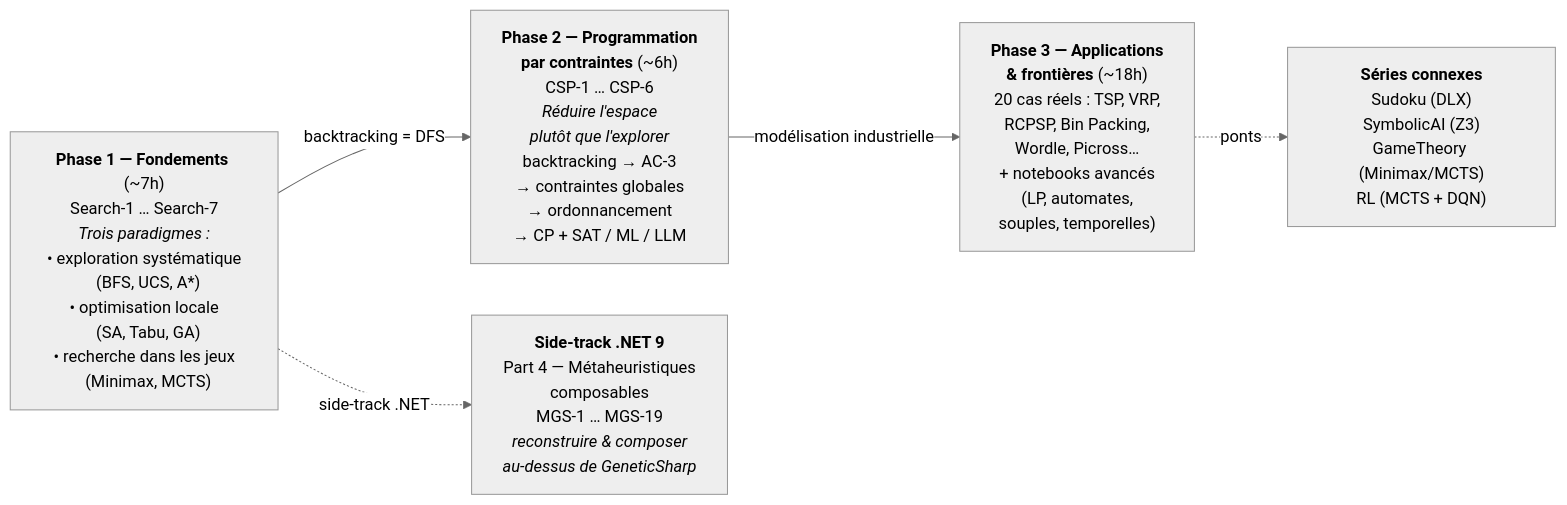
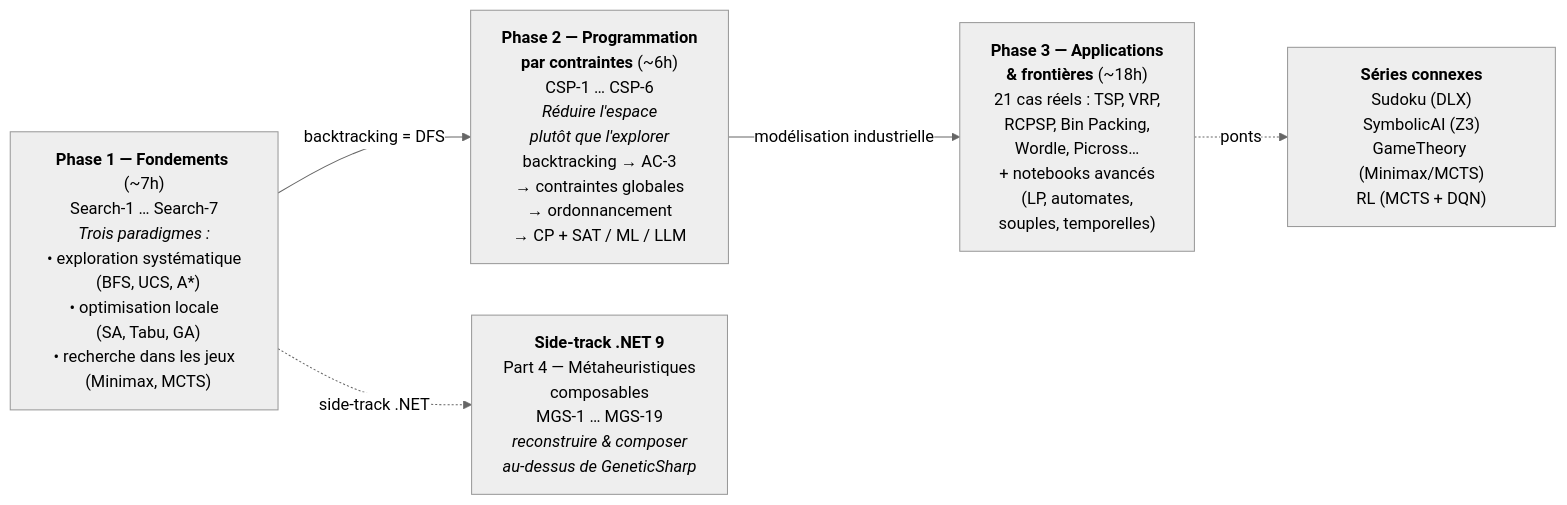
One commit to jsboige/CoursIA changed the first of 2 diagrams in MyIA.AI.Notebooks/Search/README.md. Above: the diagram before and after it, drawn with Mermaid (neutral theme). The commit also changed 1 other file, not shown here.

Commit message:
docs(readme): resync sub-§E drift post-#5081 renumérotation + post-#4058 lake-mutualisation (See #3974)

````diff
--- a/MyIA.AI.Notebooks/Search/README.md
+++ b/MyIA.AI.Notebooks/Search/README.md
@@ -65,12 +65,12 @@
 ```mermaid
 flowchart LR
     P1["<b>Phase 1 — Fondements</b> (~7h)<br/>Search-1 … Search-7<br/><i>Trois paradigmes :</i><br/>• exploration systématique<br/>&nbsp;&nbsp;(BFS, UCS, A*)<br/>• optimisation locale<br/>&nbsp;&nbsp;(SA, Tabu, GA)<br/>• recherche dans les jeux<br/>&nbsp;&nbsp;(Minimax, MCTS)"]
     P2["<b>Phase 2 — Programmation<br/>par contraintes</b> (~6h)<br/>CSP-1 … CSP-6<br/><i>Réduire l'espace<br/>plutôt que l'explorer</i><br/>backtracking → AC-3<br/>→ contraintes globales<br/>→ ordonnancement<br/>→ CP + SAT / ML / LLM"]
-    P3["<b>Phase 3 — Applications<br/>&amp; frontières</b> (~18h)<br/>20 cas réels : TSP, VRP,<br/>RCPSP, Bin Packing,<br/>Wordle, Picross…<br/>+ notebooks avancés<br/>(LP, automates,<br/>souples, temporelles)"]
+    P3["<b>Phase 3 — Applications<br/>&amp; frontières</b> (~18h)<br/>21 cas réels : TSP, VRP,<br/>RCPSP, Bin Packing,<br/>Wordle, Picross…<br/>+ notebooks avancés<br/>(LP, automates,<br/>souples, temporelles)"]
     BR["<b>Séries connexes</b><br/>Sudoku (DLX)<br/>SymbolicAI (Z3)<br/>GameTheory (Minimax/MCTS)<br/>RL (MCTS + DQN)"]
     P4["<b>Side-track .NET 9</b><br/>Part 4 — Métaheuristiques<br/>composables<br/>MGS-1 … MGS-19<br/><i>reconstruire &amp; composer<br/>au-dessus de GeneticSharp</i>"]
     P1 -->|"backtracking = DFS"| P2
     P2 -->|"modélisation industrielle"| P3
     P3 -.->|"ponts"| BR
     P1 -.->|"side-track .NET"| P4
 ```
````
